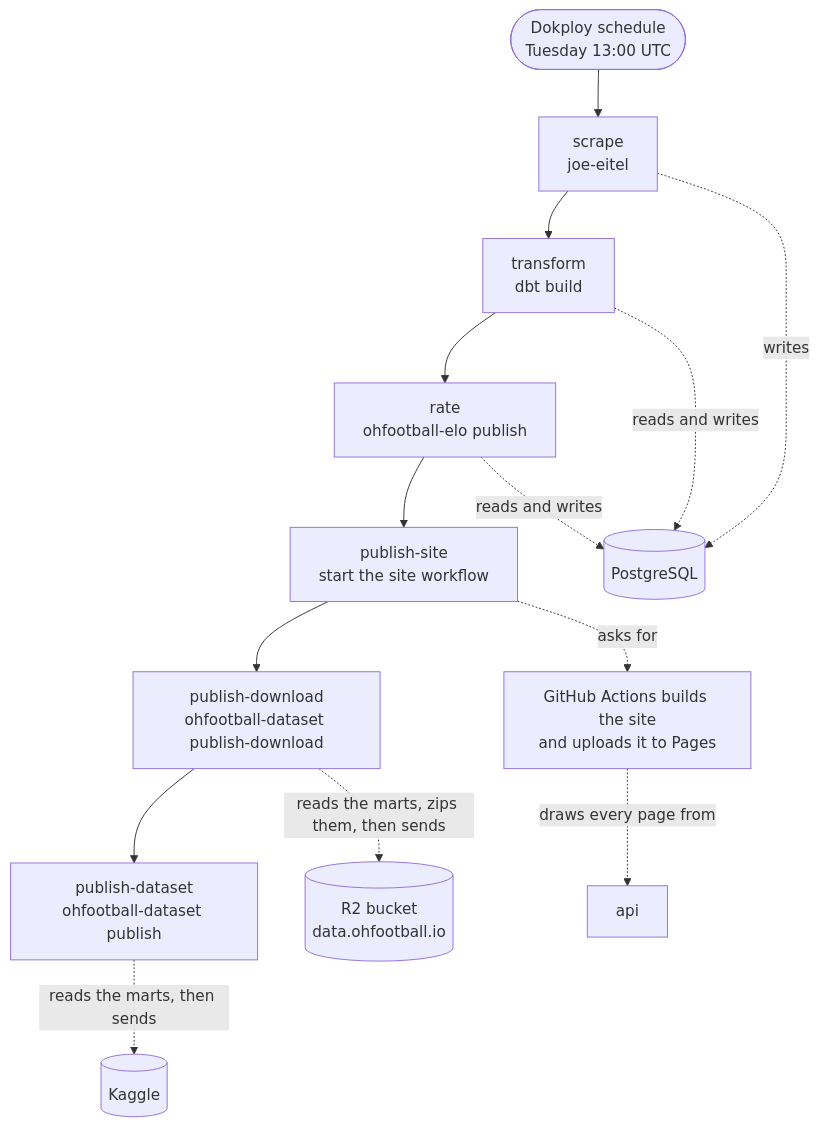
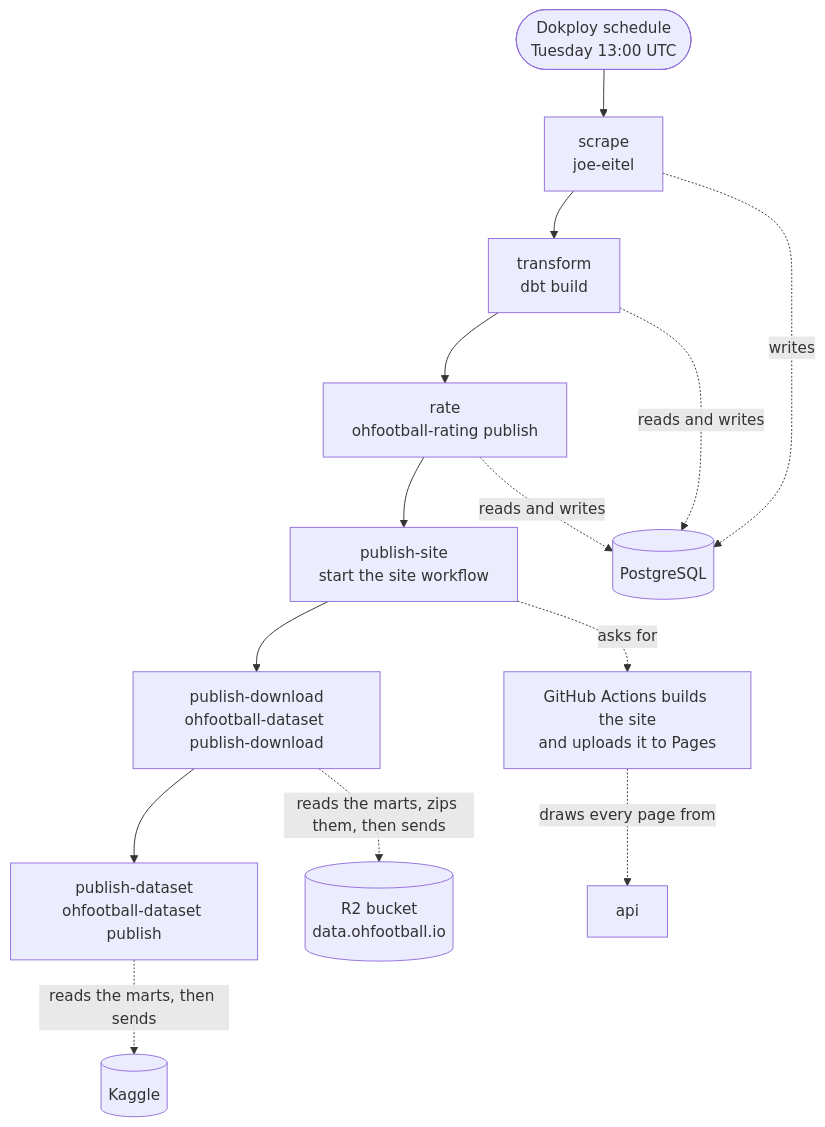
One commit to StephenODea54/ohfootball.io changed the third of 4 diagrams in docs/architecture.md. Above: the diagram before and after it, drawn with Mermaid. The commit also changed 28 other files, not shown here.

First line of the commit message:
Rename the Elo service to the rating service

````diff
--- a/docs/architecture.md
+++ b/docs/architecture.md
@@ -161,23 +161,23 @@
 ```mermaid
 flowchart TD
     cron(["Dokploy schedule<br/>Tuesday 13:00 UTC"]) --> scrape
 
     scrape["scrape<br/>joe-eitel"] --> transform["transform<br/>dbt build"]
-    transform --> rate["rate<br/>ohfootball-elo publish"]
+    transform --> rate["rate<br/>ohfootball-rating publish"]
     rate --> site["publish-site<br/>start the site workflow"]
     site --> download["publish-download<br/>ohfootball-dataset publish-download"]
     download --> dataset["publish-dataset<br/>ohfootball-dataset publish"]
 
     warehouse[("PostgreSQL")]
     build["GitHub Actions builds the site<br/>and uploads it to Pages"]
     r2[("R2 bucket<br/>data.ohfootball.io")]
     kaggle[("Kaggle")]
 
     scrape -. writes .-> warehouse
     transform -. reads and writes .-> warehouse
     rate -. reads and writes .-> warehouse
     site -. asks for .-> build
     build -. draws every page from .-> api["api"]
     download -. reads the marts, zips them, then sends .-> r2
     dataset -. reads the marts, then sends .-> kaggle
 ```
````
